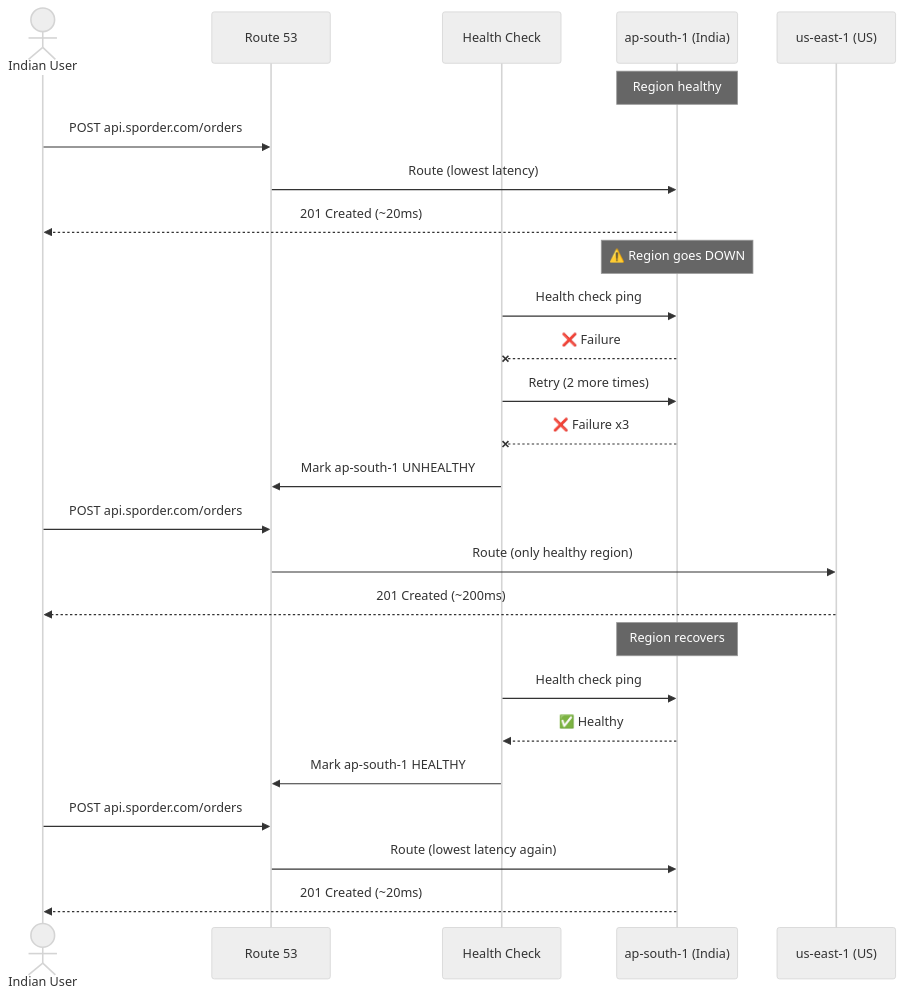
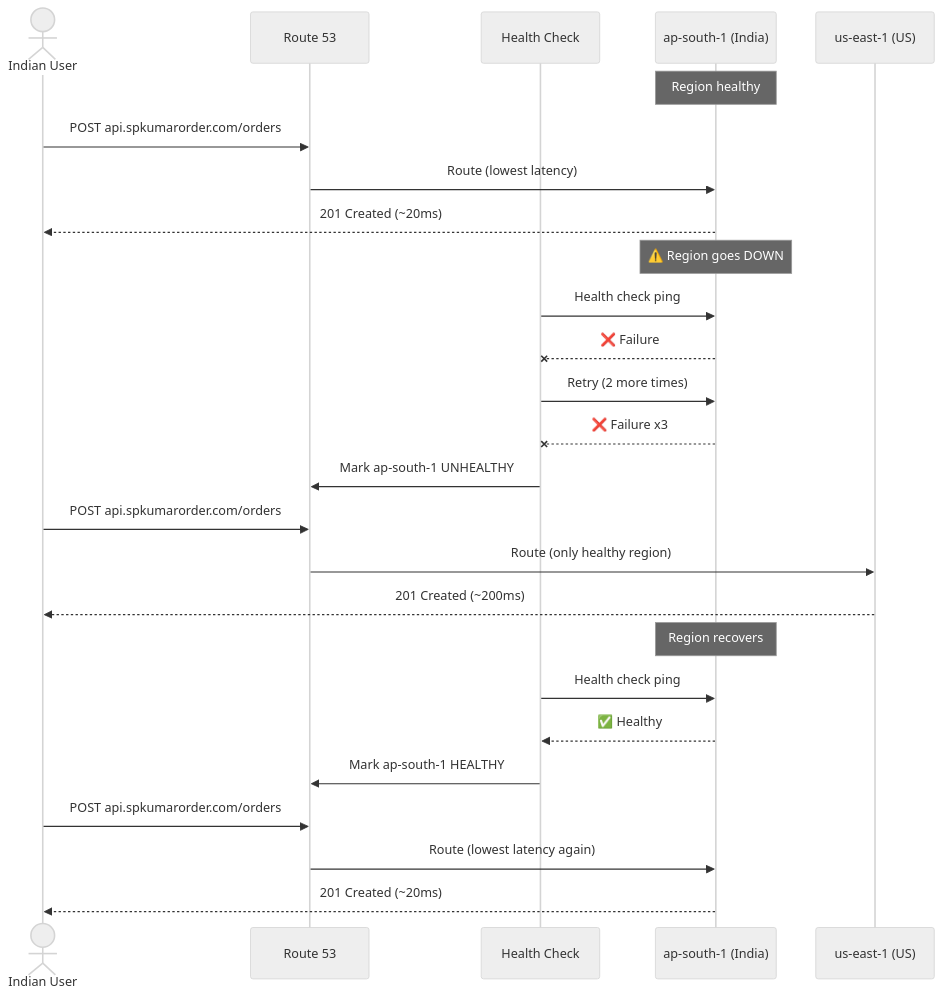
One commit to SandeepPamujula/order-notification-distributed changed the fifth of 8 diagrams in docs/architecture.md. Above: the diagram before and after it, drawn with Mermaid (neutral theme). The commit also changed other lines of this file and 17 other files, not shown here.

````diff
--- a/docs/architecture.md
+++ b/docs/architecture.md
@@ -326,33 +326,33 @@
 ```mermaid
 sequenceDiagram
     actor User as Indian User
     participant R53 as Route 53
     participant HC as Health Check
     participant AP as ap-south-1 (India)
     participant US as us-east-1 (US)
 
     Note over AP: Region healthy
-    User->>R53: POST api.sporder.com/orders
+    User->>R53: POST api.spkumarorder.com/orders
     R53->>AP: Route (lowest latency)
     AP-->>User: 201 Created (~20ms)
 
     Note over AP: ⚠️ Region goes DOWN
     HC->>AP: Health check ping
     AP--xHC: ❌ Failure
     HC->>AP: Retry (2 more times)
     AP--xHC: ❌ Failure x3
     HC->>R53: Mark ap-south-1 UNHEALTHY
 
-    User->>R53: POST api.sporder.com/orders
+    User->>R53: POST api.spkumarorder.com/orders
     R53->>US: Route (only healthy region)
     US-->>User: 201 Created (~200ms)
 
     Note over AP: Region recovers
     HC->>AP: Health check ping
     AP-->>HC: ✅ Healthy
     HC->>R53: Mark ap-south-1 HEALTHY
 
-    User->>R53: POST api.sporder.com/orders
+    User->>R53: POST api.spkumarorder.com/orders
     R53->>AP: Route (lowest latency again)
     AP-->>User: 201 Created (~20ms)
 ```
````
